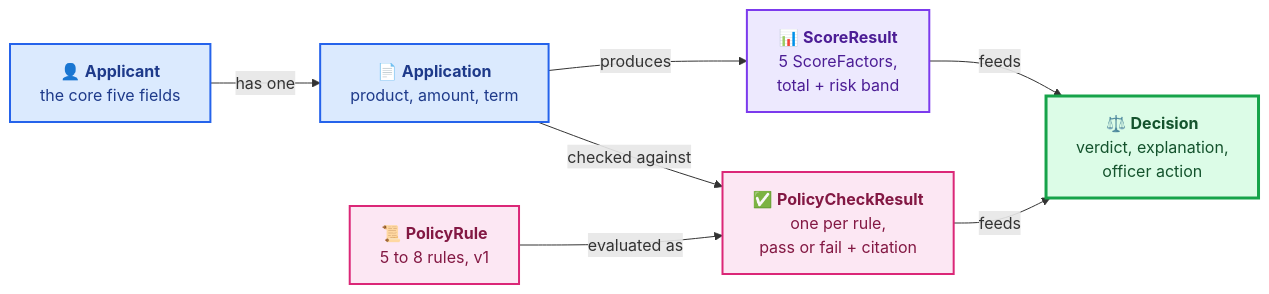
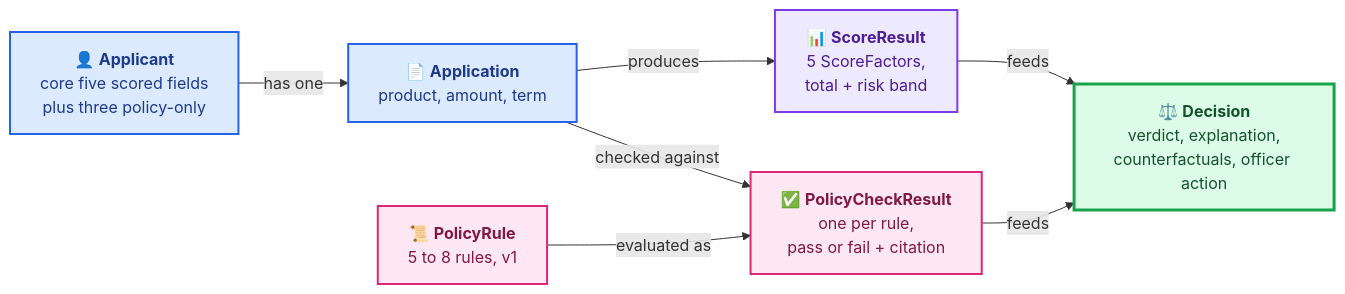
The first of 2 diagrams in 02-design/deliverables/02-data-model.md (Mxjoshi/newcomer-credit-copilot), drawn with Mermaid before and after one commit. The commit also changed other lines of this file, not shown here.

Commit message:
Phase 2 review: policy-only inputs, machine-checkable rules, counterfactuals, validator in data model

````diff
--- a/02-design/deliverables/02-data-model.md
+++ b/02-design/deliverables/02-data-model.md
@@ -17,21 +17,21 @@
 ```mermaid
 flowchart LR
-    A["👤 <b>Applicant</b><br/>the core five fields"]
+    A["👤 <b>Applicant</b><br/>core five scored fields<br/>plus three policy-only"]
     AP["📄 <b>Application</b><br/>product, amount, term"]
     SR["📊 <b>ScoreResult</b><br/>5 ScoreFactors,<br/>total + risk band"]
     PR["📜 <b>PolicyRule</b><br/>5 to 8 rules, v1"]
     PCR["✅ <b>PolicyCheckResult</b><br/>one per rule,<br/>pass or fail + citation"]
-    D["⚖️ <b>Decision</b><br/>verdict, explanation,<br/>officer action"]
+    D["⚖️ <b>Decision</b><br/>verdict, explanation,<br/>counterfactuals, officer action"]
     A -->|"has one"| AP
     AP -->|"produces"| SR
     AP -->|"checked against"| PCR
     PR -->|"evaluated as"| PCR
     SR -->|"feeds"| D
     PCR -->|"feeds"| D
     style A fill:#dbeafe,stroke:#2563eb,stroke-width:2px,color:#1e3a8a
     style AP fill:#dbeafe,stroke:#2563eb,stroke-width:2px,color:#1e3a8a
     style SR fill:#ede9fe,stroke:#7c3aed,stroke-width:2px,color:#4c1d95
     style PR fill:#fce7f3,stroke:#db2777,stroke-width:2px,color:#831843
     style PCR fill:#fce7f3,stroke:#db2777,stroke-width:2px,color:#831843
     style D fill:#dcfce7,stroke:#16a34a,stroke-width:3px,color:#14532d
 ```
````
